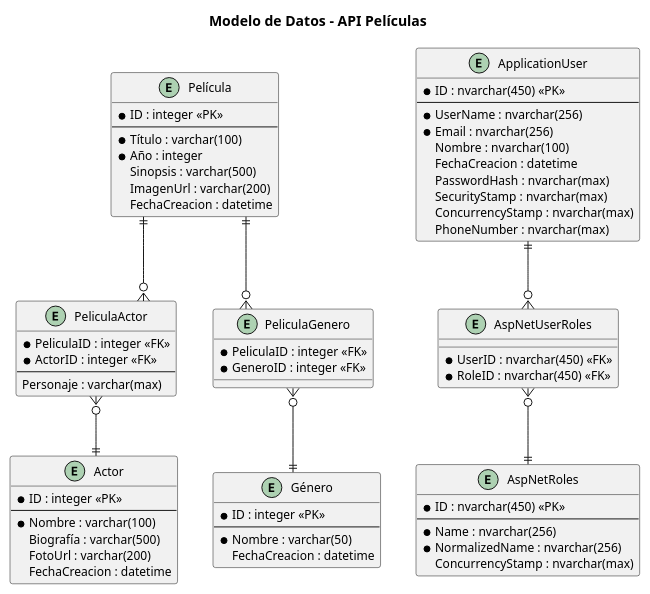
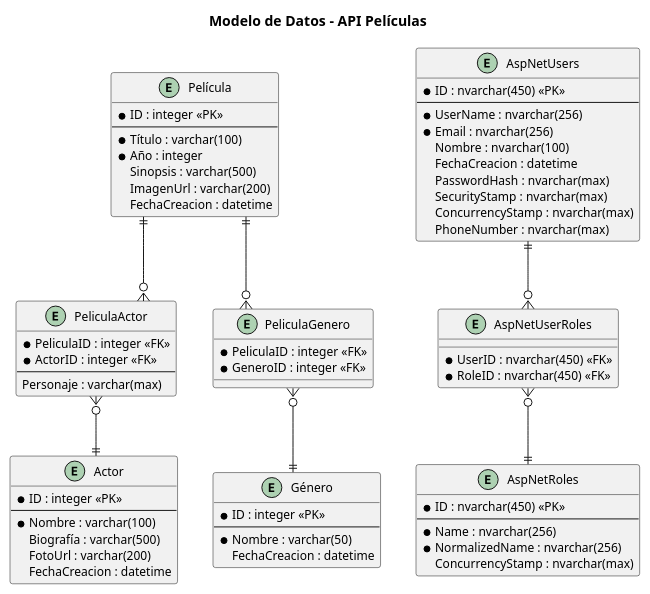
Before and after one commit to roco170a/buscapelis-front: the diagram in Arquitectura/diagrama_tablas.puml, drawn with PlantUML.

Commit message:
diagrama db

```diff
--- a/Arquitectura/diagrama_tablas.puml
+++ b/Arquitectura/diagrama_tablas.puml
@@ -1,101 +1,101 @@
 @startuml modelo_datos_ie
 ' Uso de sintaxis IE (Information Engineering) para el modelo de datos
 ' https://plantuml.com/es/ie-diagram
 
 ' Configuración del estilo
 skinparam linetype ortho
 skinparam backgroundColor white
 skinparam shadowing false
 skinparam defaultFontName Arial
 skinparam defaultFontSize 12
 
 ' Entidad Película
 entity "Película" as Movie {
   * ID : integer <<PK>>
   --
   * Título : varchar(100)
   * Año : integer
   Sinopsis : varchar(500)
   ImagenUrl : varchar(200)
   FechaCreacion : datetime
 }
 
 ' Entidad Actor
 entity "Actor" as Actor {
   * ID : integer <<PK>>
   --
   * Nombre : varchar(100)
   Biografía : varchar(500)
   FotoUrl : varchar(200)
   FechaCreacion : datetime
 }
 
 ' Entidad Género
 entity "Género" as Genre {
   * ID : integer <<PK>>
   --
   * Nombre : varchar(50)
   FechaCreacion : datetime
 }
 
 ' Usuario - ASP.NET Identity
-entity "ApplicationUser" as User {
+entity "AspNetUsers" as User {
   * ID : nvarchar(450) <<PK>>
   --
   * UserName : nvarchar(256)
   * Email : nvarchar(256)
   Nombre : nvarchar(100)
   FechaCreacion : datetime
   PasswordHash : nvarchar(max)
   SecurityStamp : nvarchar(max)
   ConcurrencyStamp : nvarchar(max)
   PhoneNumber : nvarchar(max)
   ' Otros campos de Identity
 }
 
 ' Entidad Rol - ASP.NET Identity
 entity "AspNetRoles" as Role {
   * ID : nvarchar(450) <<PK>>
   --
   * Name : nvarchar(256)
   * NormalizedName : nvarchar(256)
   ConcurrencyStamp : nvarchar(max)
 }
 
 ' Tabla de relación entre Usuario y Rol
 entity "AspNetUserRoles" as UserRole {
   * UserID : nvarchar(450) <<FK>>
   * RoleID : nvarchar(450) <<FK>>
 }
 
 ' Tabla de relación entre Película y Actor
 entity "PeliculaActor" as MovieActor {
   * PeliculaID : integer <<FK>>
   * ActorID : integer <<FK>>
   --
   Personaje : varchar(max)
 }
 
 ' Tabla de relación entre Película y Género
 entity "PeliculaGenero" as MovieGenre {
   * PeliculaID : integer <<FK>>
   * GeneroID : integer <<FK>>
 }
 
 ' Definición de relaciones
 ' Una película tiene muchos actores a través de la tabla de relación
 Movie ||--o{ MovieActor
 MovieActor }o--|| Actor
 
 ' Una película tiene muchos géneros a través de la tabla de relación
 Movie ||--o{ MovieGenre
 MovieGenre }o--|| Genre
 
 ' Usuario y roles
 User ||--o{ UserRole
 UserRole }o--|| Role
 
 ' Título del diagrama
 title Modelo de Datos - API Películas
 
 @enduml 
```
